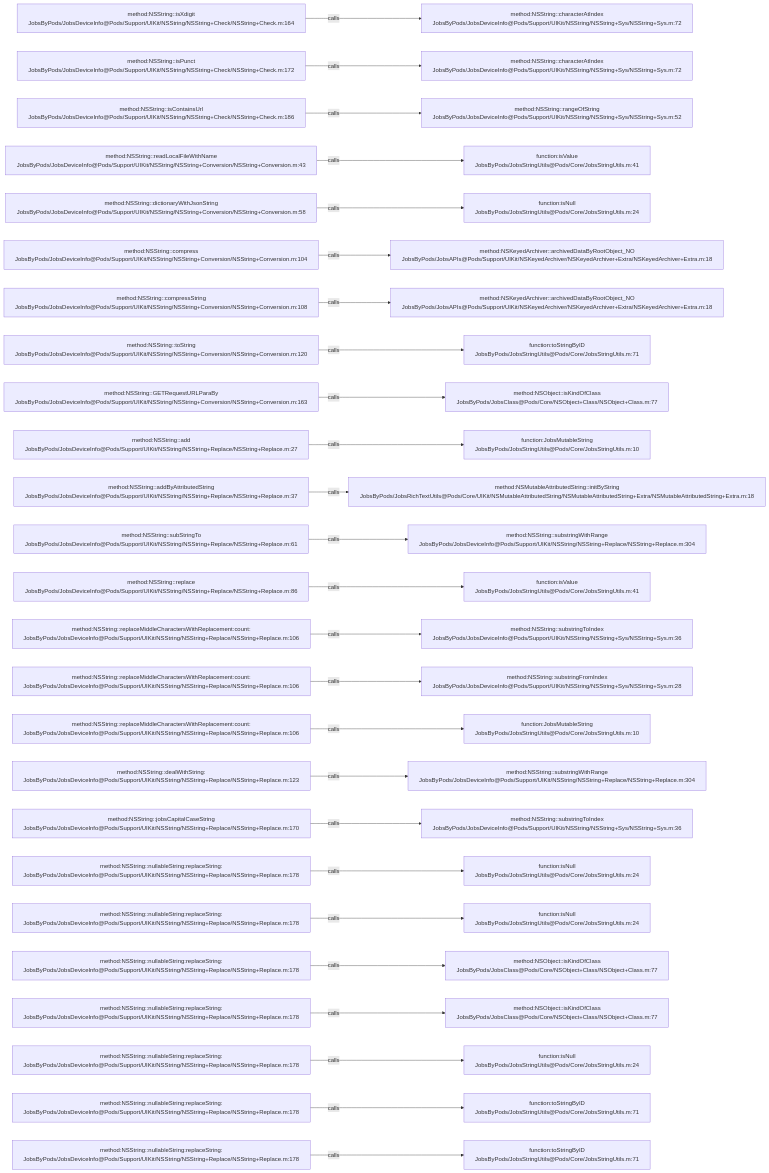
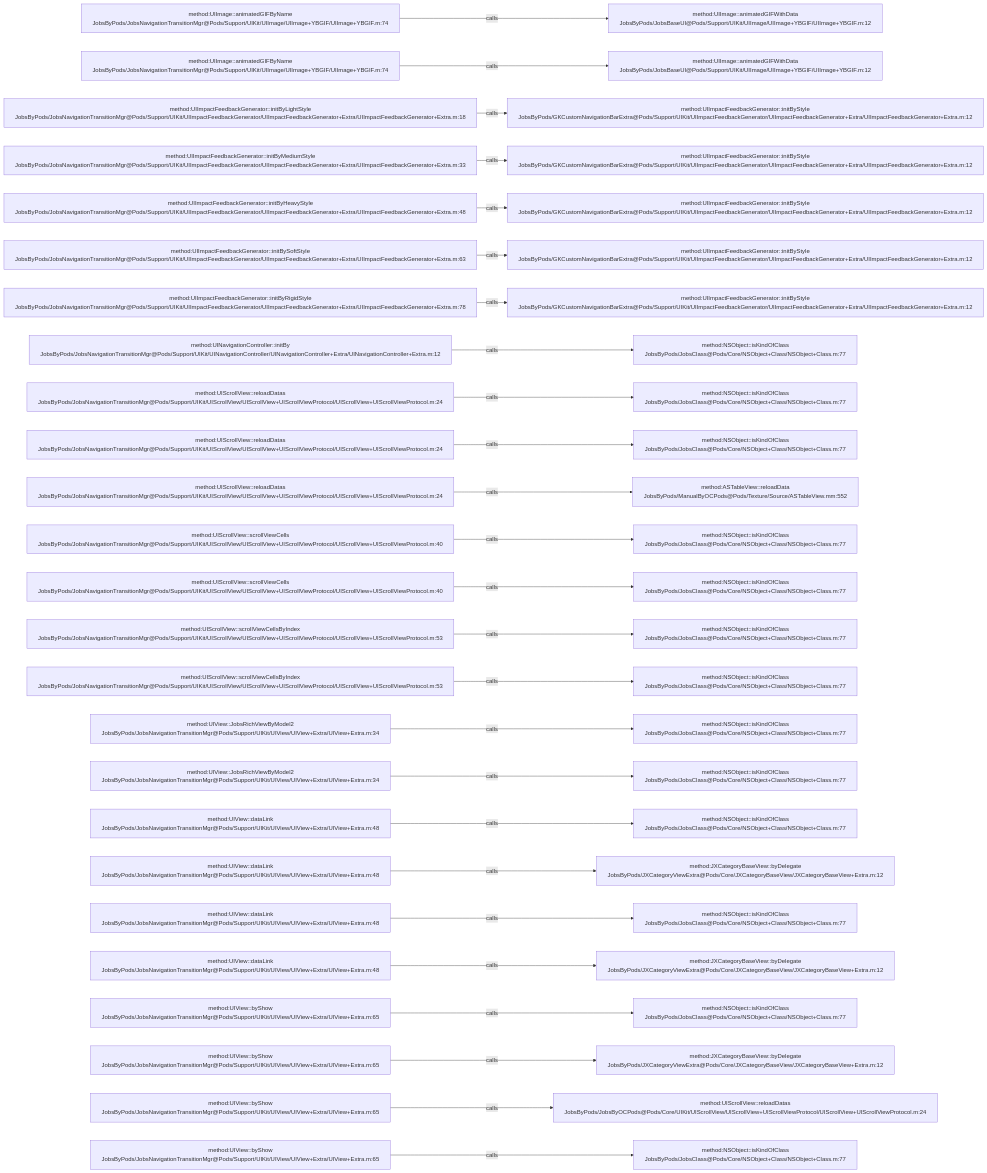
The diagram in .codegraph/codegraph.md/graphs/calls-090.md (JobsKits/JobsOCBaseConfigDemo), drawn with Mermaid before and after one commit. The commit also changed 573 other files, not shown here.

````diff
--- a/.codegraph/codegraph.md/graphs/calls-090.md
+++ b/.codegraph/codegraph.md/graphs/calls-090.md
@@ -13,78 +13,78 @@
 ```mermaid
 flowchart LR
-  S1["method:NSString::isXdigit<br/>JobsByPods/JobsDeviceInfo@Pods/Support/UIKit/NSString/NSString+Check/NSString+Check.m:164"]
-  T1["method:NSString::characterAtIndex<br/>JobsByPods/JobsDeviceInfo@Pods/Support/UIKit/NSString/NSString+Sys/NSString+Sys.m:72"]
+  S1["method:UIImage::animatedGIFByName<br/>JobsByPods/JobsNavigationTransitionMgr@Pods/Support/UIKit/UIImage/UIImage+YBGIF/UIImage+YBGIF.m:74"]
+  T1["method:UIImage::animatedGIFWithData<br/>JobsByPods/JobsBaseUI@Pods/Support/UIKit/UIImage/UIImage+YBGIF/UIImage+YBGIF.m:12"]
   S1 -->|calls| T1
-  S2["method:NSString::isPunct<br/>JobsByPods/JobsDeviceInfo@Pods/Support/UIKit/NSString/NSString+Check/NSString+Check.m:172"]
-  T2["method:NSString::characterAtIndex<br/>JobsByPods/JobsDeviceInfo@Pods/Support/UIKit/NSString/NSString+Sys/NSString+Sys.m:72"]
+  S2["method:UIImage::animatedGIFByName<br/>JobsByPods/JobsNavigationTransitionMgr@Pods/Support/UIKit/UIImage/UIImage+YBGIF/UIImage+YBGIF.m:74"]
+  T2["method:UIImage::animatedGIFWithData<br/>JobsByPods/JobsBaseUI@Pods/Support/UIKit/UIImage/UIImage+YBGIF/UIImage+YBGIF.m:12"]
   S2 -->|calls| T2
-  S3["method:NSString::isContainsUrl<br/>JobsByPods/JobsDeviceInfo@Pods/Support/UIKit/NSString/NSString+Check/NSString+Check.m:186"]
-  T3["method:NSString::rangeOfString<br/>JobsByPods/JobsDeviceInfo@Pods/Support/UIKit/NSString/NSString+Sys/NSString+Sys.m:52"]
+  S3["method:UIImpactFeedbackGenerator::initByLightStyle<br/>JobsByPods/JobsNavigationTransitionMgr@Pods/Support/UIKit/UIImpactFeedbackGenerator/UIImpactFeedbackGenerator+Extra/UIImpactFeedbackGenerator+Extra.m:18"]
+  T3["method:UIImpactFeedbackGenerator::initByStyle<br/>JobsByPods/GKCustomNavigationBarExtra@Pods/Support/UIKit/UIImpactFeedbackGenerator/UIImpactFeedbackGenerator+Extra/UIImpactFeedbackGenerator+Extra.m:12"]
   S3 -->|calls| T3
-  S4["method:NSString::readLocalFileWithName<br/>JobsByPods/JobsDeviceInfo@Pods/Support/UIKit/NSString/NSString+Conversion/NSString+Conversion.m:43"]
-  T4["function:isValue<br/>JobsByPods/JobsStringUtils@Pods/Core/JobsStringUtils.m:41"]
+  S4["method:UIImpactFeedbackGenerator::initByMediumStyle<br/>JobsByPods/JobsNavigationTransitionMgr@Pods/Support/UIKit/UIImpactFeedbackGenerator/UIImpactFeedbackGenerator+Extra/UIImpactFeedbackGenerator+Extra.m:33"]
+  T4["method:UIImpactFeedbackGenerator::initByStyle<br/>JobsByPods/GKCustomNavigationBarExtra@Pods/Support/UIKit/UIImpactFeedbackGenerator/UIImpactFeedbackGenerator+Extra/UIImpactFeedbackGenerator+Extra.m:12"]
   S4 -->|calls| T4
-  S5["method:NSString::dictionaryWithJsonString<br/>JobsByPods/JobsDeviceInfo@Pods/Support/UIKit/NSString/NSString+Conversion/NSString+Conversion.m:58"]
-  T5["function:isNull<br/>JobsByPods/JobsStringUtils@Pods/Core/JobsStringUtils.m:24"]
+  S5["method:UIImpactFeedbackGenerator::initByHeavyStyle<br/>JobsByPods/JobsNavigationTransitionMgr@Pods/Support/UIKit/UIImpactFeedbackGenerator/UIImpactFeedbackGenerator+Extra/UIImpactFeedbackGenerator+Extra.m:48"]
+  T5["method:UIImpactFeedbackGenerator::initByStyle<br/>JobsByPods/GKCustomNavigationBarExtra@Pods/Support/UIKit/UIImpactFeedbackGenerator/UIImpactFeedbackGenerator+Extra/UIImpactFeedbackGenerator+Extra.m:12"]
   S5 -->|calls| T5
-  S6["method:NSString::compress<br/>JobsByPods/JobsDeviceInfo@Pods/Support/UIKit/NSString/NSString+Conversion/NSString+Conversion.m:104"]
-  T6["method:NSKeyedArchiver::archivedDataByRootObject_NO<br/>JobsByPods/JobsAPIs@Pods/Support/UIKit/NSKeyedArchiver/NSKeyedArchiver+Extra/NSKeyedArchiver+Extra.m:18"]
+  S6["method:UIImpactFeedbackGenerator::initBySoftStyle<br/>JobsByPods/JobsNavigationTransitionMgr@Pods/Support/UIKit/UIImpactFeedbackGenerator/UIImpactFeedbackGenerator+Extra/UIImpactFeedbackGenerator+Extra.m:63"]
+  T6["method:UIImpactFeedbackGenerator::initByStyle<br/>JobsByPods/GKCustomNavigationBarExtra@Pods/Support/UIKit/UIImpactFeedbackGenerator/UIImpactFeedbackGenerator+Extra/UIImpactFeedbackGenerator+Extra.m:12"]
   S6 -->|calls| T6
-  S7["method:NSString::compressString<br/>JobsByPods/JobsDeviceInfo@Pods/Support/UIKit/NSString/NSString+Conversion/NSString+Conversion.m:108"]
-  T7["method:NSKeyedArchiver::archivedDataByRootObject_NO<br/>JobsByPods/JobsAPIs@Pods/Support/UIKit/NSKeyedArchiver/NSKeyedArchiver+Extra/NSKeyedArchiver+Extra.m:18"]
+  S7["method:UIImpactFeedbackGenerator::initByRigidStyle<br/>JobsByPods/JobsNavigationTransitionMgr@Pods/Support/UIKit/UIImpactFeedbackGenerator/UIImpactFeedbackGenerator+Extra/UIImpactFeedbackGenerator+Extra.m:78"]
+  T7["method:UIImpactFeedbackGenerator::initByStyle<br/>JobsByPods/GKCustomNavigationBarExtra@Pods/Support/UIKit/UIImpactFeedbackGenerator/UIImpactFeedbackGenerator+Extra/UIImpactFeedbackGenerator+Extra.m:12"]
   S7 -->|calls| T7
-  S8["method:NSString::toString<br/>JobsByPods/JobsDeviceInfo@Pods/Support/UIKit/NSString/NSString+Conversion/NSString+Conversion.m:120"]
-  T8["function:toStringByID<br/>JobsByPods/JobsStringUtils@Pods/Core/JobsStringUtils.m:71"]
+  S8["method:UINavigationController::initBy<br/>JobsByPods/JobsNavigationTransitionMgr@Pods/Support/UIKit/UINavigationController/UINavigationController+Extra/UINavigationController+Extra.m:12"]
+  T8["method:NSObject::isKindOfClass<br/>JobsByPods/JobsClass@Pods/Core/NSObject+Class/NSObject+Class.m:77"]
   S8 -->|calls| T8
-  S9["method:NSString::GETRequestURLParaBy<br/>JobsByPods/JobsDeviceInfo@Pods/Support/UIKit/NSString/NSString+Conversion/NSString+Conversion.m:163"]
+  S9["method:UIScrollView::reloadDatas<br/>JobsByPods/JobsNavigationTransitionMgr@Pods/Support/UIKit/UIScrollView/UIScrollView+UIScrollViewProtocol/UIScrollView+UIScrollViewProtocol.m:24"]
   T9["method:NSObject::isKindOfClass<br/>JobsByPods/JobsClass@Pods/Core/NSObject+Class/NSObject+Class.m:77"]
   S9 -->|calls| T9
-  S10["method:NSString::add<br/>JobsByPods/JobsDeviceInfo@Pods/Support/UIKit/NSString/NSString+Replace/NSString+Replace.m:27"]
-  T10["function:JobsMutableString<br/>JobsByPods/JobsStringUtils@Pods/Core/JobsStringUtils.m:10"]
+  S10["method:UIScrollView::reloadDatas<br/>JobsByPods/JobsNavigationTransitionMgr@Pods/Support/UIKit/UIScrollView/UIScrollView+UIScrollViewProtocol/UIScrollView+UIScrollViewProtocol.m:24"]
+  T10["method:NSObject::isKindOfClass<br/>JobsByPods/JobsClass@Pods/Core/NSObject+Class/NSObject+Class.m:77"]
   S10 -->|calls| T10
-  S11["method:NSString::addByAttributedString<br/>JobsByPods/JobsDeviceInfo@Pods/Support/UIKit/NSString/NSString+Replace/NSString+Replace.m:37"]
-  T11["method:NSMutableAttributedString::initByString<br/>JobsByPods/JobsRichTextUtils@Pods/Core/UIKit/NSMutableAttributedString/NSMutableAttributedString+Extra/NSMutableAttributedString+Extra.m:18"]
+  S11["method:UIScrollView::reloadDatas<br/>JobsByPods/JobsNavigationTransitionMgr@Pods/Support/UIKit/UIScrollView/UIScrollView+UIScrollViewProtocol/UIScrollView+UIScrollViewProtocol.m:24"]
+  T11["method:ASTableView::reloadData<br/>JobsByPods/ManualByOCPods@Pods/Texture/Source/ASTableView.mm:552"]
   S11 -->|calls| T11
-  S12["method:NSString::subStringTo<br/>JobsByPods/JobsDeviceInfo@Pods/Support/UIKit/NSString/NSString+Replace/NSString+Replace.m:61"]
-  T12["method:NSString::substringWithRange<br/>JobsByPods/JobsDeviceInfo@Pods/Support/UIKit/NSString/NSString+Replace/NSString+Replace.m:304"]
+  S12["method:UIScrollView::scrollViewCells<br/>JobsByPods/JobsNavigationTransitionMgr@Pods/Support/UIKit/UIScrollView/UIScrollView+UIScrollViewProtocol/UIScrollView+UIScrollViewProtocol.m:40"]
+  T12["method:NSObject::isKindOfClass<br/>JobsByPods/JobsClass@Pods/Core/NSObject+Class/NSObject+Class.m:77"]
   S12 -->|calls| T12
-  S13["method:NSString::replace<br/>JobsByPods/JobsDeviceInfo@Pods/Support/UIKit/NSString/NSString+Replace/NSString+Replace.m:86"]
-  T13["function:isValue<br/>JobsByPods/JobsStringUtils@Pods/Core/JobsStringUtils.m:41"]
+  S13["method:UIScrollView::scrollViewCells<br/>JobsByPods/JobsNavigationTransitionMgr@Pods/Support/UIKit/UIScrollView/UIScrollView+UIScrollViewProtocol/UIScrollView+UIScrollViewProtocol.m:40"]
+  T13["method:NSObject::isKindOfClass<br/>JobsByPods/JobsClass@Pods/Core/NSObject+Class/NSObject+Class.m:77"]
   S13 -->|calls| T13
-  S14["method:NSString::replaceMiddleCharactersWithReplacement:count:<br/>JobsByPods/JobsDeviceInfo@Pods/Support/UIKit/NSString/NSString+Replace/NSString+Replace.m:106"]
-  T14["method:NSString::substringToIndex<br/>JobsByPods/JobsDeviceInfo@Pods/Support/UIKit/NSString/NSString+Sys/NSString+Sys.m:36"]
+  S14["method:UIScrollView::scrollViewCellsByIndex<br/>JobsByPods/JobsNavigationTransitionMgr@Pods/Support/UIKit/UIScrollView/UIScrollView+UIScrollViewProtocol/UIScrollView+UIScrollViewProtocol.m:53"]
+  T14["method:NSObject::isKindOfClass<br/>JobsByPods/JobsClass@Pods/Core/NSObject+Class/NSObject+Class.m:77"]
   S14 -->|calls| T14
-  S15["method:NSString::replaceMiddleCharactersWithReplacement:count:<br/>JobsByPods/JobsDeviceInfo@Pods/Support/UIKit/NSString/NSString+Replace/NSString+Replace.m:106"]
-  T15["method:NSString::substringFromIndex<br/>JobsByPods/JobsDeviceInfo@Pods/Support/UIKit/NSString/NSString+Sys/NSString+Sys.m:28"]
+  S15["method:UIScrollView::scrollViewCellsByIndex<br/>JobsByPods/JobsNavigationTransitionMgr@Pods/Support/UIKit/UIScrollView/UIScrollView+UIScrollViewProtocol/UIScrollView+UIScrollViewProtocol.m:53"]
+  T15["method:NSObject::isKindOfClass<br/>JobsByPods/JobsClass@Pods/Core/NSObject+Class/NSObject+Class.m:77"]
   S15 -->|calls| T15
-  S16["method:NSString::replaceMiddleCharactersWithReplacement:count:<br/>JobsByPods/JobsDeviceInfo@Pods/Support/UIKit/NSString/NSString+Replace/NSString+Replace.m:106"]
-  T16["function:JobsMutableString<br/>JobsByPods/JobsStringUtils@Pods/Core/JobsStringUtils.m:10"]
+  S16["method:UIView::JobsRichViewByModel2<br/>JobsByPods/JobsNavigationTransitionMgr@Pods/Support/UIKit/UIView/UIView+Extra/UIView+Extra.m:34"]
+  T16["method:NSObject::isKindOfClass<br/>JobsByPods/JobsClass@Pods/Core/NSObject+Class/NSObject+Class.m:77"]
   S16 -->|calls| T16
-  S17["method:NSString::dealWithString:<br/>JobsByPods/JobsDeviceInfo@Pods/Support/UIKit/NSString/NSString+Replace/NSString+Replace.m:123"]
-  T17["method:NSString::substringWithRange<br/>JobsByPods/JobsDeviceInfo@Pods/Support/UIKit/NSString/NSString+Replace/NSString+Replace.m:304"]
+  S17["method:UIView::JobsRichViewByModel2<br/>JobsByPods/JobsNavigationTransitionMgr@Pods/Support/UIKit/UIView/UIView+Extra/UIView+Extra.m:34"]
+  T17["method:NSObject::isKindOfClass<br/>JobsByPods/JobsClass@Pods/Core/NSObject+Class/NSObject+Class.m:77"]
   S17 -->|calls| T17
-  S18["method:NSString::jobsCapitalCaseString<br/>JobsByPods/JobsDeviceInfo@Pods/Support/UIKit/NSString/NSString+Replace/NSString+Replace.m:170"]
-  T18["method:NSString::substringToIndex<br/>JobsByPods/JobsDeviceInfo@Pods/Support/UIKit/NSString/NSString+Sys/NSString+Sys.m:36"]
+  S18["method:UIView::dataLink<br/>JobsByPods/JobsNavigationTransitionMgr@Pods/Support/UIKit/UIView/UIView+Extra/UIView+Extra.m:48"]
+  T18["method:NSObject::isKindOfClass<br/>JobsByPods/JobsClass@Pods/Core/NSObject+Class/NSObject+Class.m:77"]
   S18 -->|calls| T18
-  S19["method:NSString::nullableString:replaceString:<br/>JobsByPods/JobsDeviceInfo@Pods/Support/UIKit/NSString/NSString+Replace/NSString+Replace.m:178"]
-  T19["function:isNull<br/>JobsByPods/JobsStringUtils@Pods/Core/JobsStringUtils.m:24"]
+  S19["method:UIView::dataLink<br/>JobsByPods/JobsNavigationTransitionMgr@Pods/Support/UIKit/UIView/UIView+Extra/UIView+Extra.m:48"]
+  T19["method:JXCategoryBaseView::byDelegate<br/>JobsByPods/JXCategoryViewExtra@Pods/Core/JXCategoryBaseView/JXCategoryBaseView+Extra.m:12"]
   S19 -->|calls| T19
-  S20["method:NSString::nullableString:replaceString:<br/>JobsByPods/JobsDeviceInfo@Pods/Support/UIKit/NSString/NSString+Replace/NSString+Replace.m:178"]
-  T20["function:isNull<br/>JobsByPods/JobsStringUtils@Pods/Core/JobsStringUtils.m:24"]
+  S20["method:UIView::dataLink<br/>JobsByPods/JobsNavigationTransitionMgr@Pods/Support/UIKit/UIView/UIView+Extra/UIView+Extra.m:48"]
+  T20["method:NSObject::isKindOfClass<br/>JobsByPods/JobsClass@Pods/Core/NSObject+Class/NSObject+Class.m:77"]
   S20 -->|calls| T20
-  S21["method:NSString::nullableString:replaceString:<br/>JobsByPods/JobsDeviceInfo@Pods/Support/UIKit/NSString/NSString+Replace/NSString+Replace.m:178"]
-  T21["method:NSObject::isKindOfClass<br/>JobsByPods/JobsClass@Pods/Core/NSObject+Class/NSObject+Class.m:77"]
+  S21["method:UIView::dataLink<br/>JobsByPods/JobsNavigationTransitionMgr@Pods/Support/UIKit/UIView/UIView+Extra/UIView+Extra.m:48"]
+  T21["method:JXCategoryBaseView::byDelegate<br/>JobsByPods/JXCategoryViewExtra@Pods/Core/JXCategoryBaseView/JXCategoryBaseView+Extra.m:12"]
   S21 -->|calls| T21
-  S22["method:NSString::nullableString:replaceString:<br/>JobsByPods/JobsDeviceInfo@Pods/Support/UIKit/NSString/NSString+Replace/NSString+Replace.m:178"]
+  S22["method:UIView::byShow<br/>JobsByPods/JobsNavigationTransitionMgr@Pods/Support/UIKit/UIView/UIView+Extra/UIView+Extra.m:65"]
   T22["method:NSObject::isKindOfClass<br/>JobsByPods/JobsClass@Pods/Core/NSObject+Class/NSObject+Class.m:77"]
   S22 -->|calls| T22
-  S23["method:NSString::nullableString:replaceString:<br/>JobsByPods/JobsDeviceInfo@Pods/Support/UIKit/NSString/NSString+Replace/NSString+Replace.m:178"]
-  T23["function:isNull<br/>JobsByPods/JobsStringUtils@Pods/Core/JobsStringUtils.m:24"]
+  S23["method:UIView::byShow<br/>JobsByPods/JobsNavigationTransitionMgr@Pods/Support/UIKit/UIView/UIView+Extra/UIView+Extra.m:65"]
+  T23["method:JXCategoryBaseView::byDelegate<br/>JobsByPods/JXCategoryViewExtra@Pods/Core/JXCategoryBaseView/JXCategoryBaseView+Extra.m:12"]
   S23 -->|calls| T23
-  S24["method:NSString::nullableString:replaceString:<br/>JobsByPods/JobsDeviceInfo@Pods/Support/UIKit/NSString/NSString+Replace/NSString+Replace.m:178"]
-  T24["function:toStringByID<br/>JobsByPods/JobsStringUtils@Pods/Core/JobsStringUtils.m:71"]
+  S24["method:UIView::byShow<br/>JobsByPods/JobsNavigationTransitionMgr@Pods/Support/UIKit/UIView/UIView+Extra/UIView+Extra.m:65"]
+  T24["method:UIScrollView::reloadDatas<br/>JobsByPods/JobsByOCPods@Pods/Core/UIKit/UIScrollView/UIScrollView+UIScrollViewProtocol/UIScrollView+UIScrollViewProtocol.m:24"]
   S24 -->|calls| T24
-  S25["method:NSString::nullableString:replaceString:<br/>JobsByPods/JobsDeviceInfo@Pods/Support/UIKit/NSString/NSString+Replace/NSString+Replace.m:178"]
-  T25["function:toStringByID<br/>JobsByPods/JobsStringUtils@Pods/Core/JobsStringUtils.m:71"]
+  S25["method:UIView::byShow<br/>JobsByPods/JobsNavigationTransitionMgr@Pods/Support/UIKit/UIView/UIView+Extra/UIView+Extra.m:65"]
+  T25["method:NSObject::isKindOfClass<br/>JobsByPods/JobsClass@Pods/Core/NSObject+Class/NSObject+Class.m:77"]
   S25 -->|calls| T25
 ```
````
